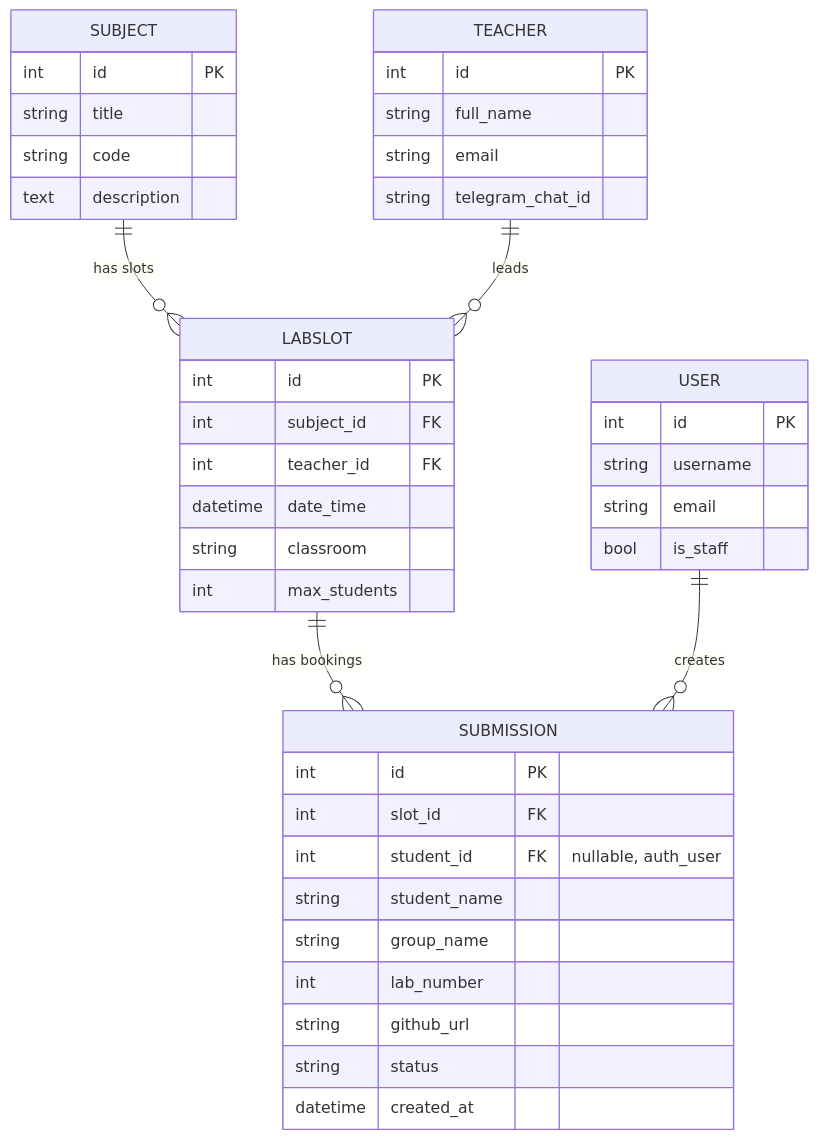
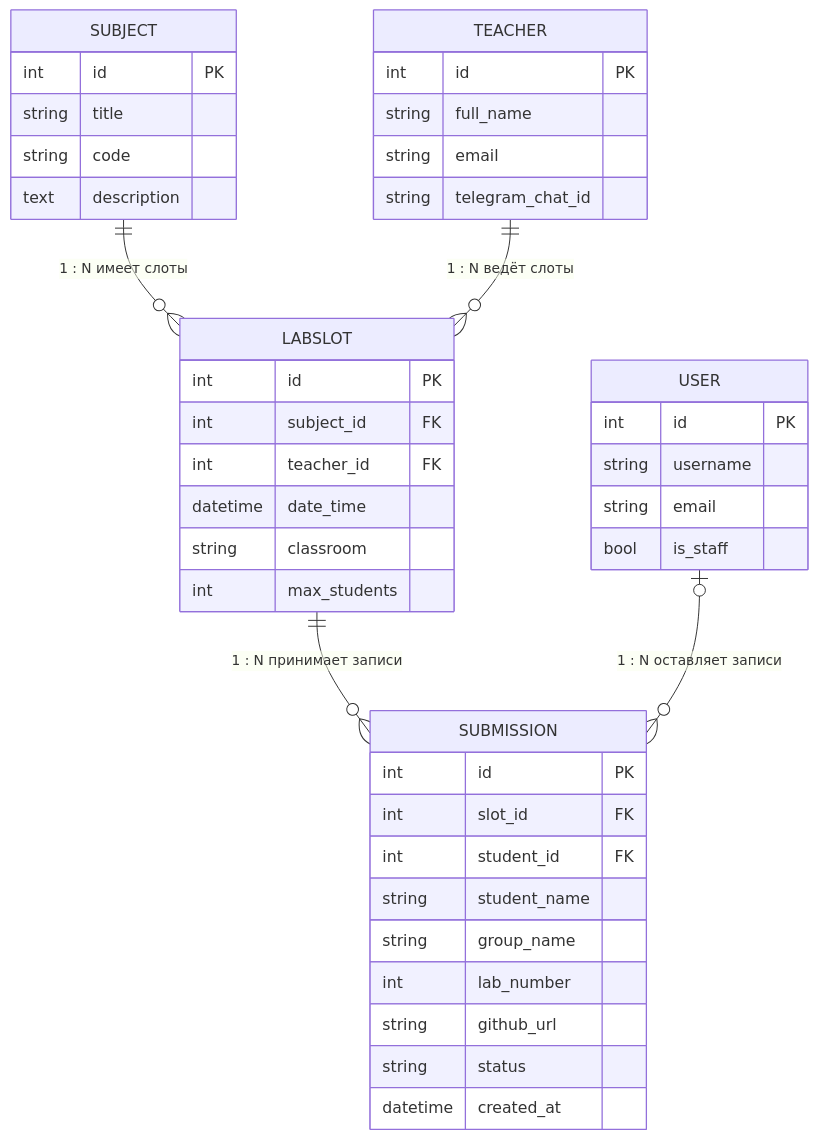
The diagram in docs/er-diagram.mmd (alinabekbala/LabQueue), drawn with Mermaid before and after one commit. The commit also changed 2 other files, not shown here.

Commit message:
Fix ER diagram: separate entities, 1:N labels; add PNG

```diff
--- a/docs/er-diagram.mmd
+++ b/docs/er-diagram.mmd
@@ -1,43 +1,43 @@
 erDiagram
-    SUBJECT ||--o{ LABSLOT : "has slots"
-    TEACHER ||--o{ LABSLOT : "leads"
-    LABSLOT ||--o{ SUBMISSION : "has bookings"
-    USER ||--o{ SUBMISSION : "creates"
+    SUBJECT ||--o{ LABSLOT : "1 : N  имеет слоты"
+    TEACHER ||--o{ LABSLOT : "1 : N  ведёт слоты"
+    LABSLOT ||--o{ SUBMISSION : "1 : N  принимает записи"
+    USER |o--o{ SUBMISSION : "1 : N  оставляет записи"
 
     SUBJECT {
         int id PK
         string title
         string code
         text description
     }
     TEACHER {
         int id PK
         string full_name
         string email
         string telegram_chat_id
     }
     LABSLOT {
         int id PK
         int subject_id FK
         int teacher_id FK
         datetime date_time
         string classroom
         int max_students
     }
     SUBMISSION {
         int id PK
         int slot_id FK
-        int student_id FK "nullable, auth_user"
+        int student_id FK
         string student_name
         string group_name
         int lab_number
         string github_url
         string status
         datetime created_at
     }
     USER {
         int id PK
         string username
         string email
         bool is_staff
     }
```
